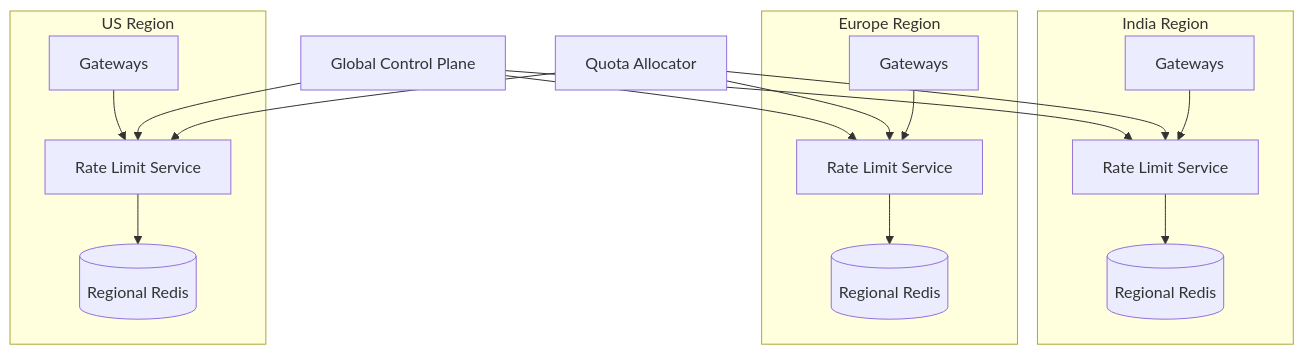
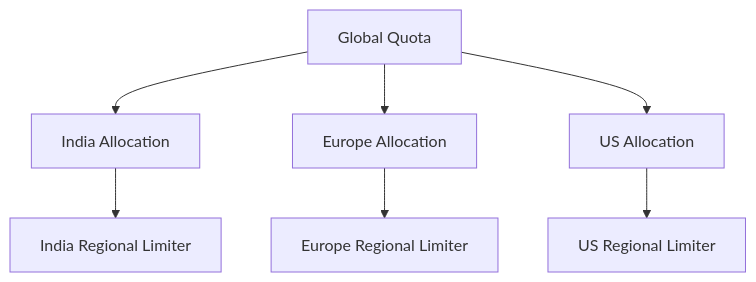
Before and after one commit to AvadhBhalodiya/Interview-Preparation: the sixth of 6 diagrams in src/content/system-design/rate-limiter.md, drawn with Mermaid. The commit also changed other lines of this file and 54 other files, not shown here.

````diff
--- a/src/content/system-design/rate-limiter.md
+++ b/src/content/system-design/rate-limiter.md
@@ -1335,25 +612,10 @@
 ```mermaid
 flowchart TB
-    subgraph IN["India Region"]
-        GIN[Gateways] --> RLIN[Rate Limit Service]
-        RLIN --> REDIN[(Regional Redis)]
-    end
+    GQ[Global Quota] --> IN[India Allocation]
+    GQ --> EU[Europe Allocation]
+    GQ --> US[US Allocation]
 
-    subgraph EU["Europe Region"]
-        GEU[Gateways] --> RLEU[Rate Limit Service]
-        RLEU --> REDEU[(Regional Redis)]
-    end
-
-    subgraph US["US Region"]
-        GUS[Gateways] --> RLUS[Rate Limit Service]
-        RLUS --> REDUS[(Regional Redis)]
-    end
-
-    CP[Global Control Plane] --> RLIN
-    CP --> RLEU
-    CP --> RLUS
-
-    QA[Quota Allocator] --> RLIN
-    QA --> RLEU
-    QA --> RLUS
+    IN --> INR[India Regional Limiter]
+    EU --> EUR[Europe Regional Limiter]
+    US --> USR[US Regional Limiter]
 ```
````
